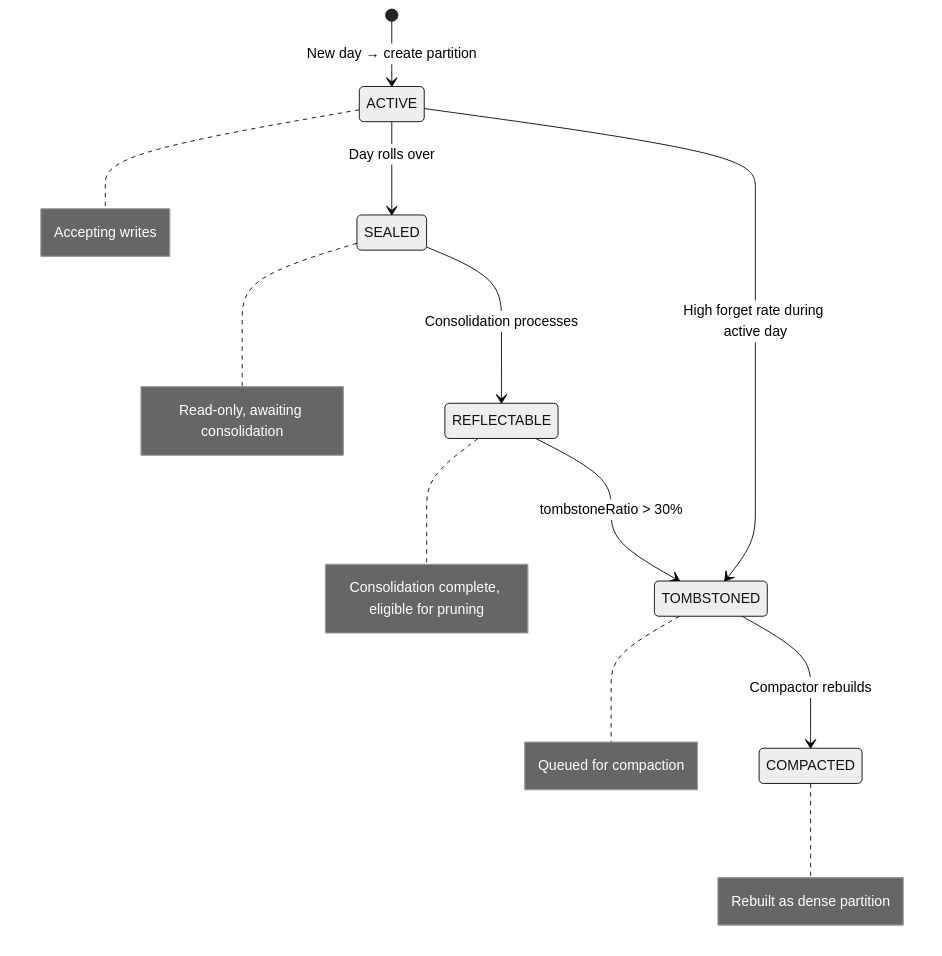
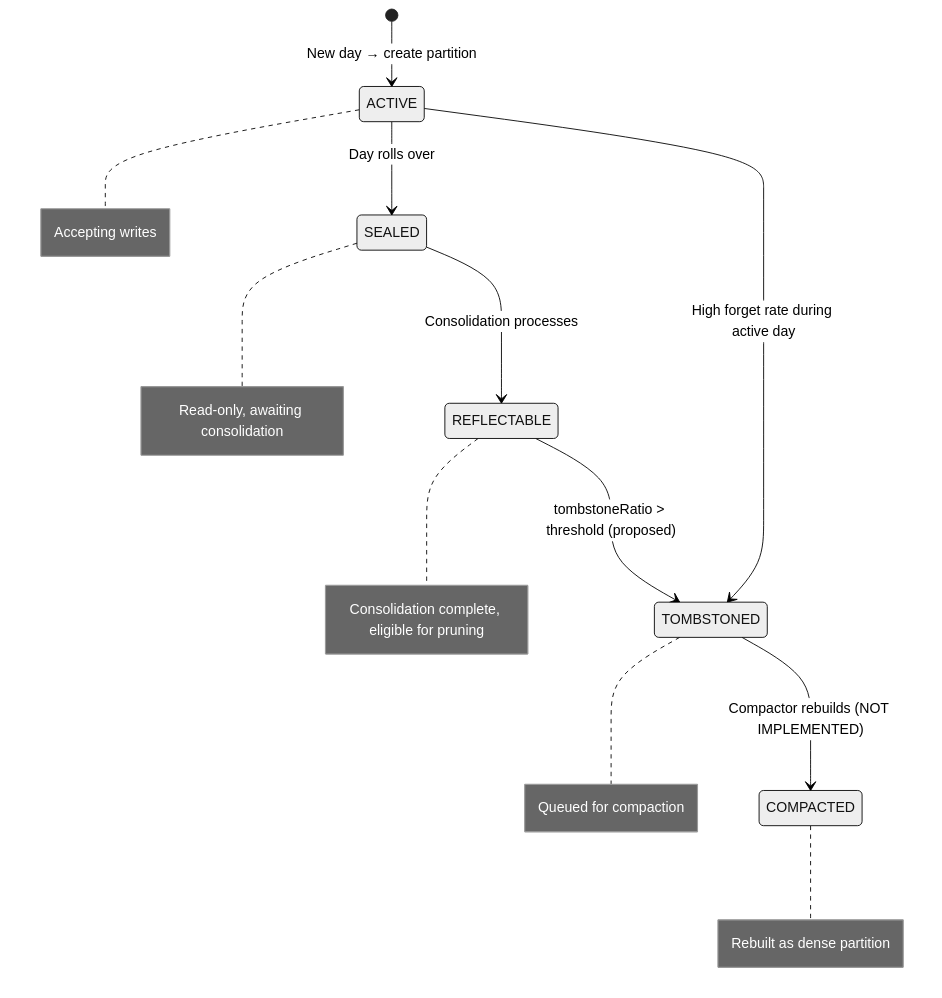
The fourth of 5 diagrams in docs/memory/consolidation.md (spectrayan/spector), drawn with Mermaid (neutral theme) before and after one commit. The commit also changed other lines of this file and 26 other files, not shown here.

````diff
--- a/docs/memory/consolidation.md
+++ b/docs/memory/consolidation.md
@@ -105,16 +125,16 @@
 ```mermaid
 stateDiagram-v2
     [*] --> ACTIVE: New day → create partition
     ACTIVE --> SEALED: Day rolls over
     SEALED --> REFLECTABLE: Consolidation processes
-    REFLECTABLE --> TOMBSTONED: tombstoneRatio > 30%
-    TOMBSTONED --> COMPACTED: Compactor rebuilds
+    REFLECTABLE --> TOMBSTONED: tombstoneRatio > threshold (proposed)
+    TOMBSTONED --> COMPACTED: Compactor rebuilds (NOT IMPLEMENTED)
 
     ACTIVE --> TOMBSTONED: High forget rate during active day
 
     note right of ACTIVE: Accepting writes
     note right of SEALED: Read-only, awaiting consolidation
     note right of REFLECTABLE: Consolidation complete, eligible for pruning
     note right of TOMBSTONED: Queued for compaction
     note right of COMPACTED: Rebuilt as dense partition
 ```
````
